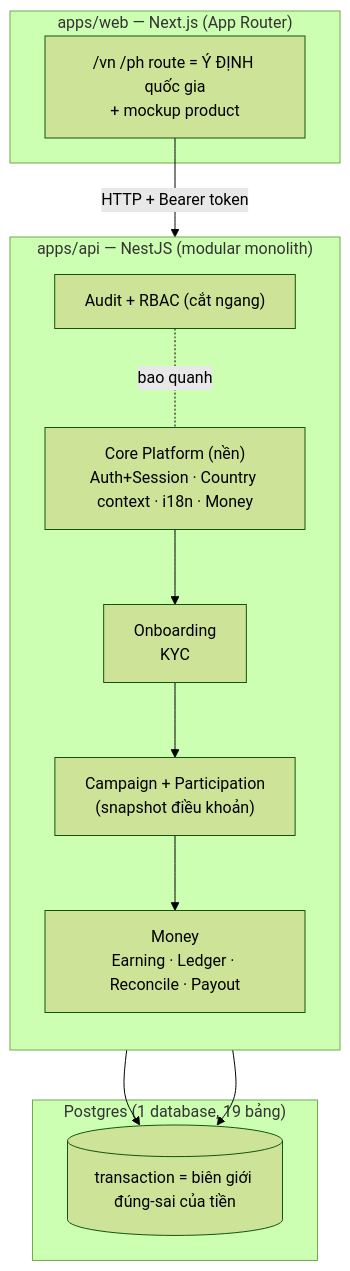
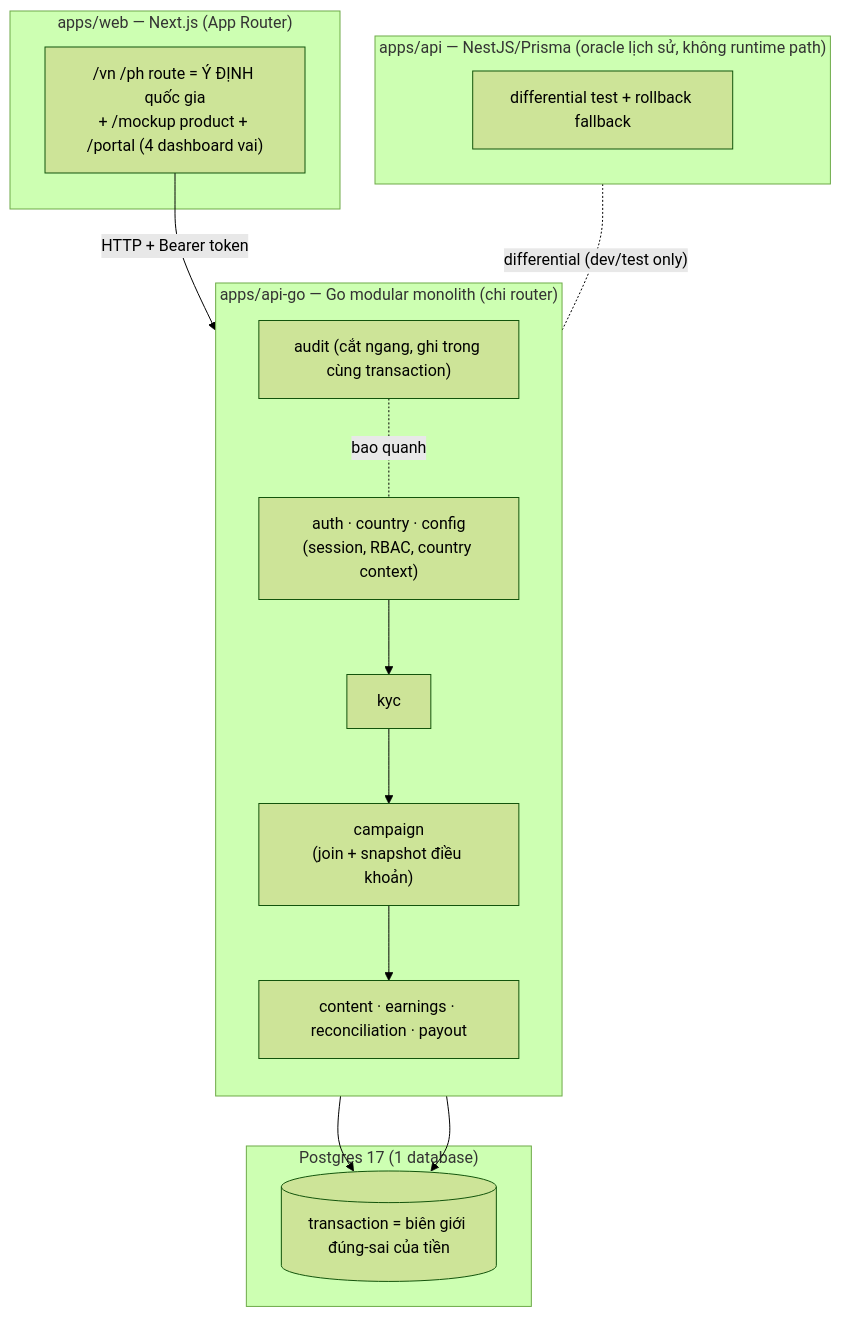
One commit to dangquangmedia/Affiliate-Program-for-Global-Creators-KOLs changed the diagram in docs/ARCHITECTURE.md. Above: the diagram before and after it, drawn with Mermaid (forest theme). The commit also changed other lines of this file and 20 other files, not shown here.

````diff
--- a/docs/ARCHITECTURE.md
+++ b/docs/ARCHITECTURE.md
@@ -21,22 +42,26 @@
 ```mermaid
 flowchart TB
     subgraph WEB["apps/web — Next.js (App Router)"]
-        R["/vn /ph route = Ý ĐỊNH quốc gia<br/>+ mockup product"]
+        R["/vn /ph route = Ý ĐỊNH quốc gia<br/>+ /mockup product + /portal (4 dashboard vai)"]
     end
-    subgraph API["apps/api — NestJS (modular monolith)"]
+    subgraph API["apps/api-go — Go modular monolith (chi router)"]
         direction TB
-        CORE["Core Platform (nền)<br/>Auth+Session · Country context · i18n · Money"]
-        ONB["Onboarding<br/>KYC"]
-        CAMP["Campaign + Participation<br/>(snapshot điều khoản)"]
-        MONEY["Money<br/>Earning · Ledger · Reconcile · Payout"]
-        AUDIT["Audit + RBAC (cắt ngang)"]
+        CORE["auth · country · config<br/>(session, RBAC, country context)"]
+        ONB["kyc"]
+        CAMP["campaign<br/>(join + snapshot điều khoản)"]
+        MONEY["content · earnings · reconciliation · payout"]
+        AUDIT["audit (cắt ngang, ghi trong cùng transaction)"]
         CORE --> ONB --> CAMP --> MONEY
         AUDIT -.bao quanh.- CORE
     end
-    subgraph DB["Postgres (1 database, 19 bảng)"]
+    subgraph DB["Postgres 17 (1 database)"]
         PG[("transaction = biên giới đúng-sai của tiền")]
+    end
+    subgraph ORACLE["apps/api — NestJS/Prisma (oracle lịch sử, không runtime path)"]
+        NEST["differential test + rollback fallback"]
     end
     R -->|HTTP + Bearer token| CORE
     CORE --> PG
     MONEY --> PG
+    ORACLE -.differential (dev/test only).- API
 ```
````
